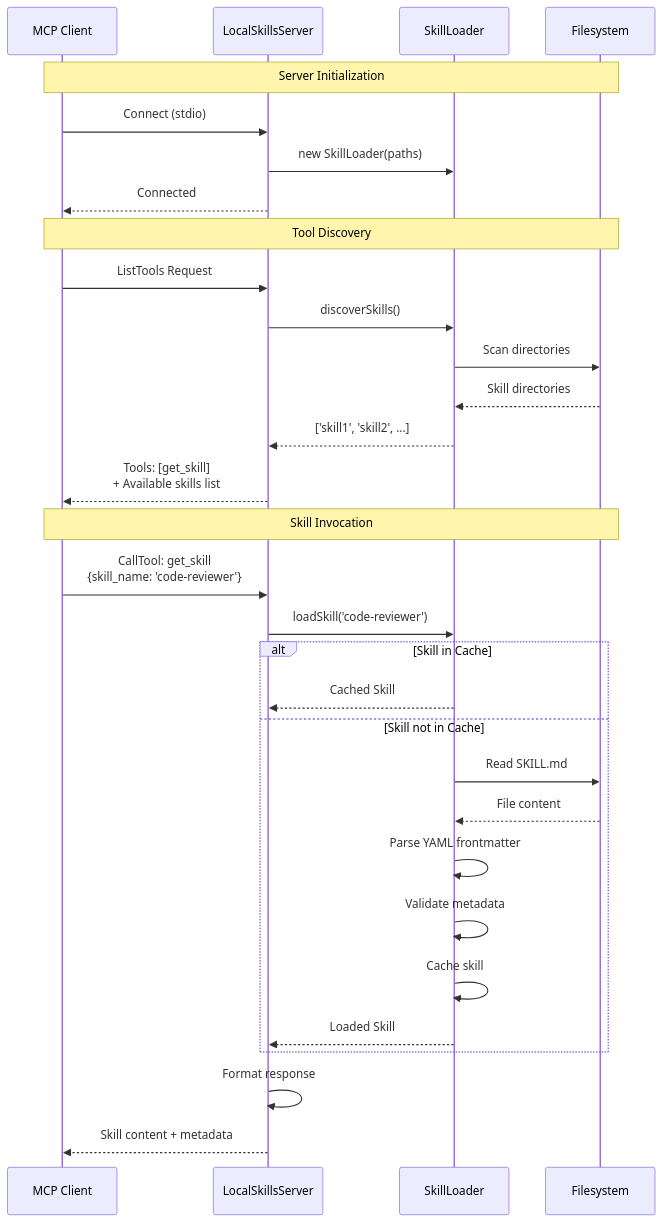
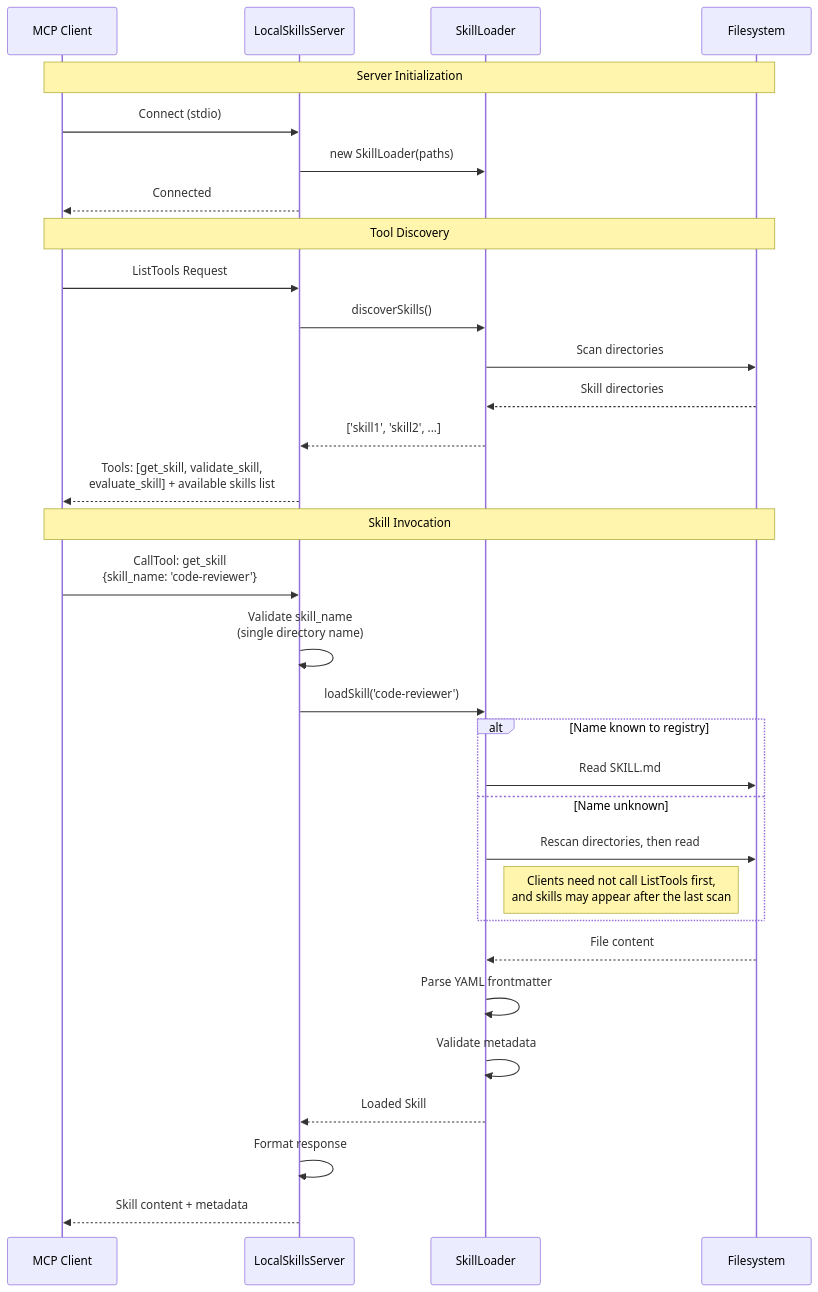
Before and after one commit to kdpa-llc/local-skills-mcp: the second of 6 diagrams in docs/ARCHITECTURE.md, drawn with Mermaid. The commit also changed other lines of this file, not shown here.

First line of the commit message:
docs: correct false security claims and a stale diagram in ARCHITECTURE

````diff
--- a/docs/ARCHITECTURE.md
+++ b/docs/ARCHITECTURE.md
@@ -90,38 +90,40 @@
 ```mermaid
 sequenceDiagram
     participant Client as MCP Client
     participant Server as LocalSkillsServer
     participant Loader as SkillLoader
     participant FS as Filesystem
 
     Note over Client,FS: Server Initialization
     Client->>Server: Connect (stdio)
     Server->>Loader: new SkillLoader(paths)
     Server-->>Client: Connected
 
     Note over Client,FS: Tool Discovery
     Client->>Server: ListTools Request
     Server->>Loader: discoverSkills()
     Loader->>FS: Scan directories
     FS-->>Loader: Skill directories
     Loader-->>Server: ['skill1', 'skill2', ...]
-    Server-->>Client: Tools: [get_skill]<br/>+ Available skills list
+    Server-->>Client: Tools: [get_skill, validate_skill,<br/>evaluate_skill] + available skills list
 
     Note over Client,FS: Skill Invocation
     Client->>Server: CallTool: get_skill<br/>{skill_name: 'code-reviewer'}
+    Server->>Server: Validate skill_name<br/>(single directory name)
     Server->>Loader: loadSkill('code-reviewer')
 
-    alt Skill in Cache
-        Loader-->>Server: Cached Skill
-    else Skill not in Cache
+    alt Name known to registry
         Loader->>FS: Read SKILL.md
-        FS-->>Loader: File content
-        Loader->>Loader: Parse YAML frontmatter
-        Loader->>Loader: Validate metadata
-        Loader->>Loader: Cache skill
-        Loader-->>Server: Loaded Skill
+    else Name unknown
+        Loader->>FS: Rescan directories, then read
+        Note right of Loader: Clients need not call ListTools first,<br/>and skills may appear after the last scan
     end
+
+    FS-->>Loader: File content
+    Loader->>Loader: Parse YAML frontmatter
+    Loader->>Loader: Validate metadata
+    Loader-->>Server: Loaded Skill
 
     Server->>Server: Format response
     Server-->>Client: Skill content + metadata
 ```
````
